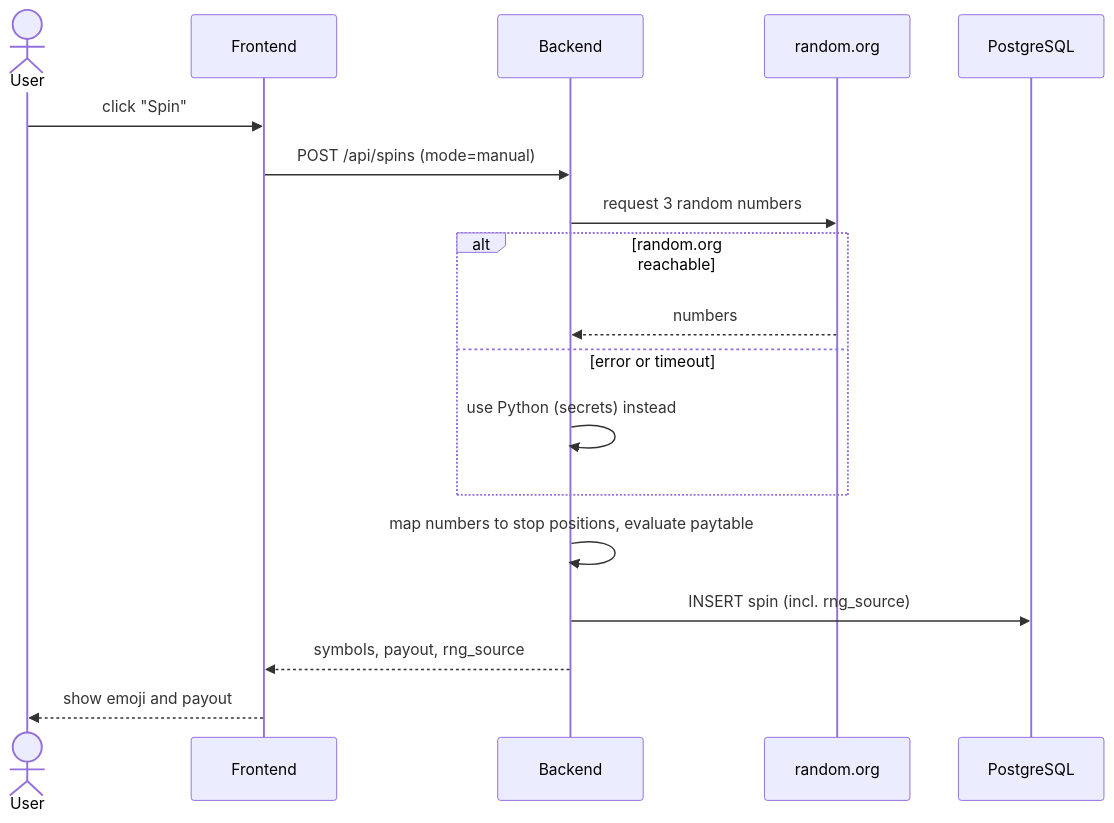
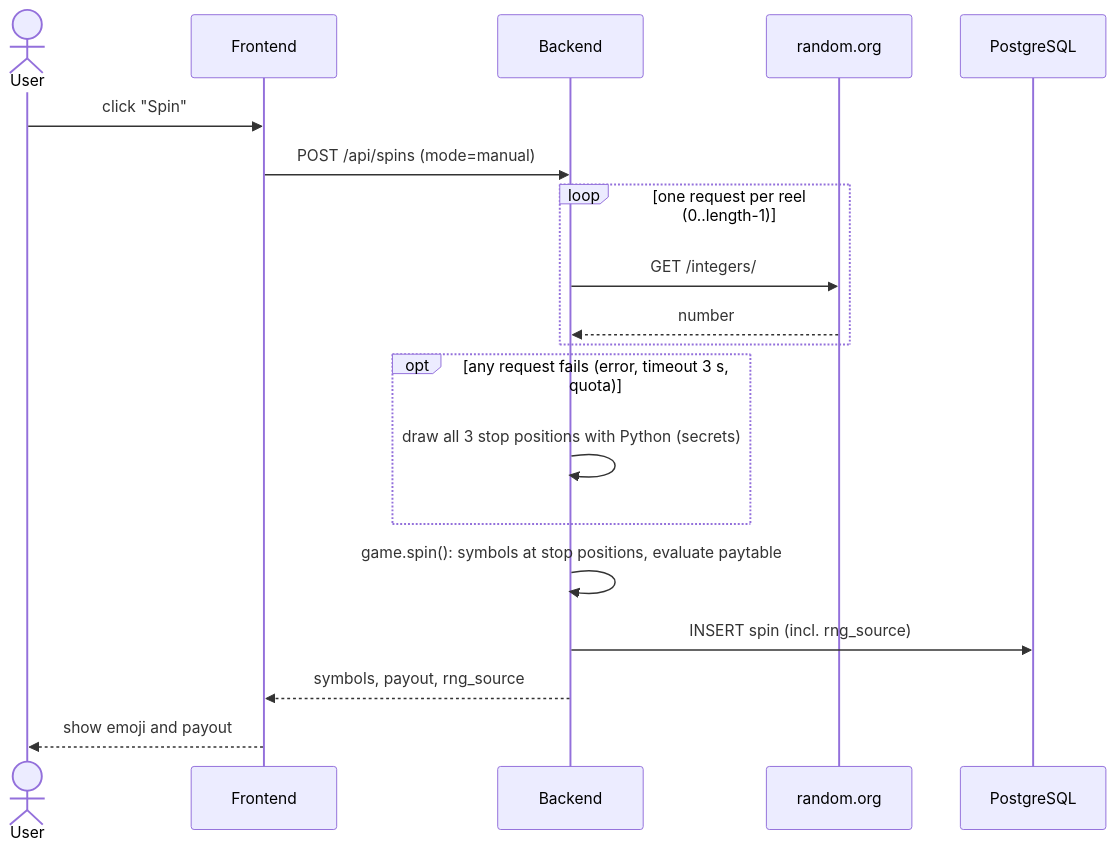
Before and after one commit to iceangel79/Slot_Machine: the fourth of 5 diagrams in docs/architecture.md, drawn with Mermaid. The commit also changed other lines of this file and 7 other files, not shown here.

Commit message:
Complete README and update architecture, requirements and decisions

````diff
--- a/docs/architecture.md
+++ b/docs/architecture.md
@@ -101,21 +125,22 @@
 ```mermaid
 sequenceDiagram
     actor U as User
     participant F as Frontend
     participant B as Backend
     participant R as random.org
     participant D as PostgreSQL
 
     U->>F: click "Spin"
     F->>B: POST /api/spins (mode=manual)
-    B->>R: request 3 random numbers
-    alt random.org reachable
-        R-->>B: numbers
-    else error or timeout
-        B->>B: use Python (secrets) instead
+    loop one request per reel (0..length-1)
+        B->>R: GET /integers/
+        R-->>B: number
     end
-    B->>B: map numbers to stop positions, evaluate paytable
+    opt any request fails (error, timeout 3 s, quota)
+        B->>B: draw all 3 stop positions with Python (secrets)
+    end
+    B->>B: game.spin(): symbols at stop positions, evaluate paytable
     B->>D: INSERT spin (incl. rng_source)
     B-->>F: symbols, payout, rng_source
     F-->>U: show emoji and payout
 ```
````
